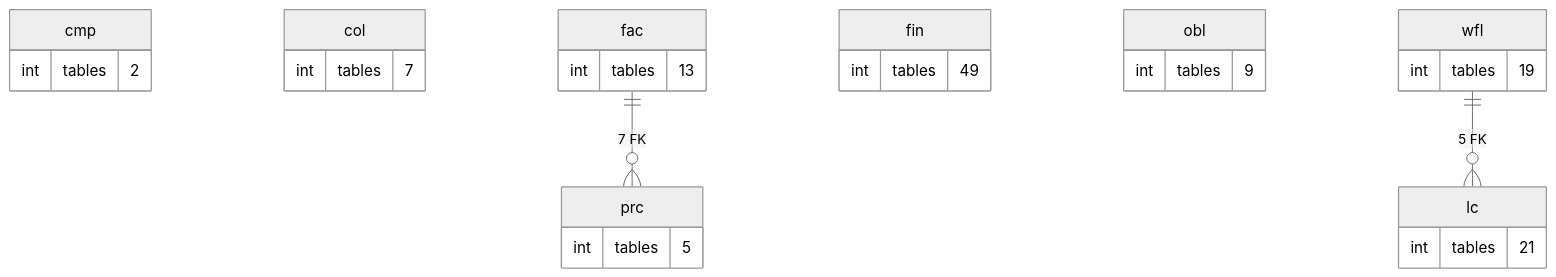
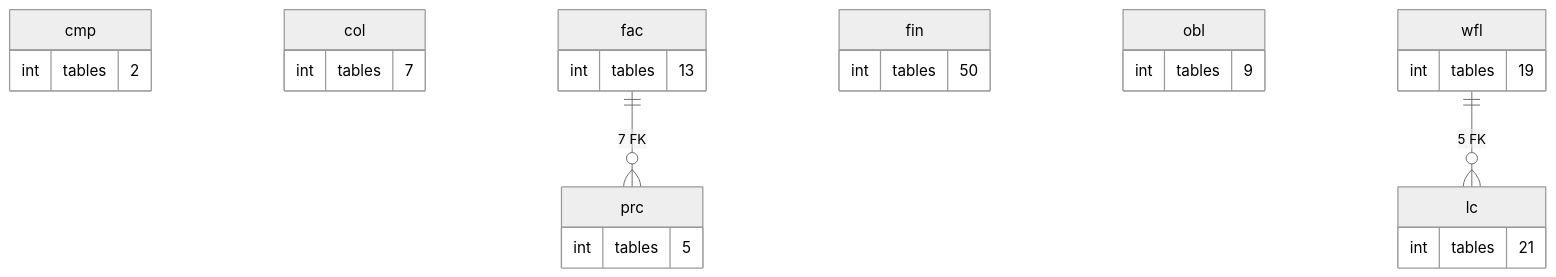
Before and after one commit to thawrasy/smartlines: the diagram in treasury-platform/docs/diagrams/erd/schema_map_2.mmd, drawn with Mermaid (neutral theme). The commit also changed 194 other files, not shown here.

```diff
--- a/treasury-platform/docs/diagrams/erd/schema_map_2.mmd
+++ b/treasury-platform/docs/diagrams/erd/schema_map_2.mmd
@@ -1,28 +1,28 @@
 %% التسهيلات والعمليات: التسعير والضمانات والالتزامات والبيانات المالية والطلبات والاعتمادات: العلاقة = عدد المفاتيح الأجنبية بين المخططين (≥ 5)
 erDiagram
   cmp {
     int tables "2"
   }
   col {
     int tables "7"
   }
   fac {
     int tables "13"
   }
   fin {
-    int tables "49"
+    int tables "50"
   }
   lc {
     int tables "21"
   }
   obl {
     int tables "9"
   }
   prc {
     int tables "5"
   }
   wfl {
     int tables "19"
   }
   fac ||--o{ prc : "7 FK"
   wfl ||--o{ lc : "5 FK"
```
